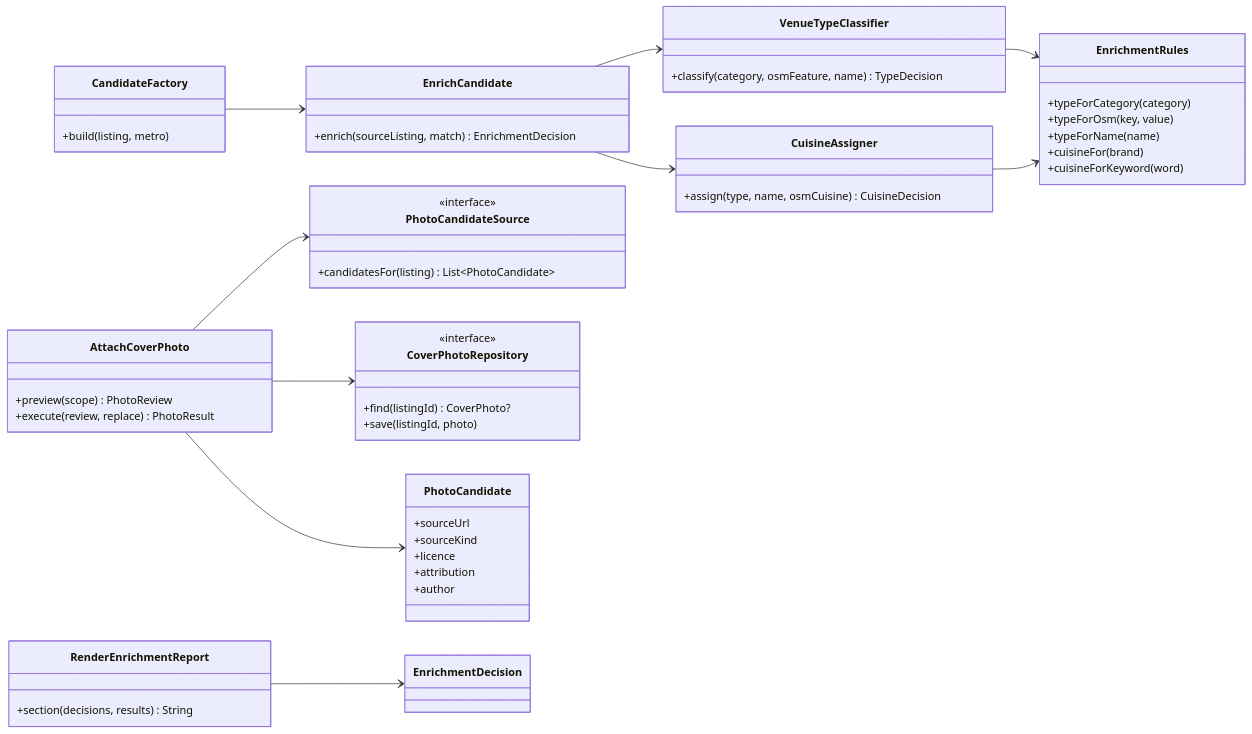
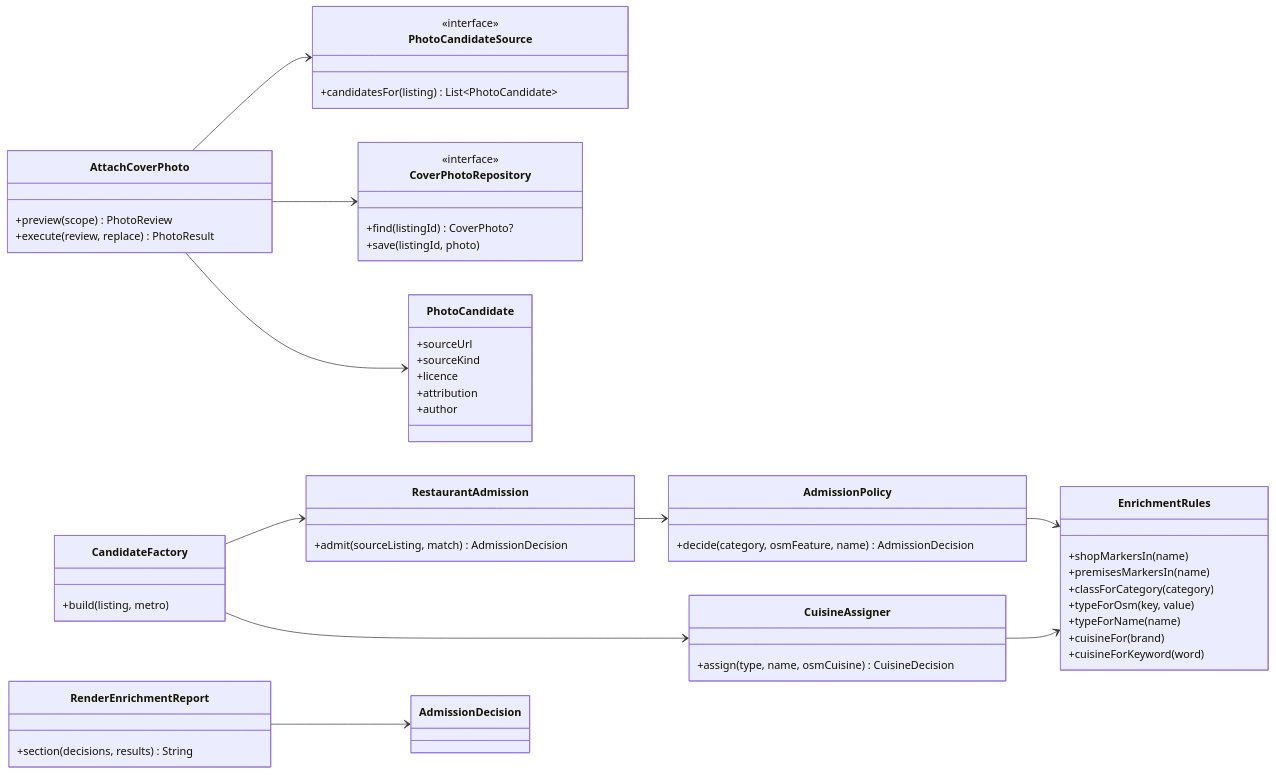
Before and after one commit to Losers-Lab/tahirs-list: the third of 4 diagrams in docs/features/SC-231/05-class-diagram-system.md, drawn with Mermaid. The commit also changed other lines of this file and 13 other files, not shown here.

````diff
--- a/docs/features/SC-231/05-class-diagram-system.md
+++ b/docs/features/SC-231/05-class-diagram-system.md
@@ -100,56 +99,58 @@
 ```mermaid
 classDiagram
   direction LR
   class CandidateFactory {
     +build(listing, metro)
   }
-  class EnrichCandidate {
-    +enrich(sourceListing, match) EnrichmentDecision
+  class RestaurantAdmission {
+    +admit(sourceListing, match) AdmissionDecision
   }
-  class VenueTypeClassifier {
-    +classify(category, osmFeature, name) TypeDecision
+  class AdmissionPolicy {
+    +decide(category, osmFeature, name) AdmissionDecision
   }
   class CuisineAssigner {
     +assign(type, name, osmCuisine) CuisineDecision
   }
   class EnrichmentRules {
-    +typeForCategory(category)
+    +shopMarkersIn(name)
+    +premisesMarkersIn(name)
+    +classForCategory(category)
     +typeForOsm(key, value)
     +typeForName(name)
     +cuisineFor(brand)
     +cuisineForKeyword(word)
   }
   class AttachCoverPhoto {
     +preview(scope) PhotoReview
     +execute(review, replace) PhotoResult
   }
   class RenderEnrichmentReport {
     +section(decisions, results) String
   }
   class PhotoCandidateSource {
     <<interface>>
     +candidatesFor(listing) List~PhotoCandidate~
   }
   class CoverPhotoRepository {
     <<interface>>
     +find(listingId) CoverPhoto?
     +save(listingId, photo)
   }
   class PhotoCandidate {
     +sourceUrl
     +sourceKind
     +licence
     +attribution
     +author
   }
 
-  CandidateFactory --> EnrichCandidate
-  EnrichCandidate --> VenueTypeClassifier
-  EnrichCandidate --> CuisineAssigner
-  VenueTypeClassifier --> EnrichmentRules
+  CandidateFactory --> RestaurantAdmission
+  CandidateFactory --> CuisineAssigner
+  RestaurantAdmission --> AdmissionPolicy
+  AdmissionPolicy --> EnrichmentRules
   CuisineAssigner --> EnrichmentRules
   AttachCoverPhoto --> PhotoCandidateSource
   AttachCoverPhoto --> CoverPhotoRepository
   AttachCoverPhoto --> PhotoCandidate
-  RenderEnrichmentReport --> EnrichmentDecision
+  RenderEnrichmentReport --> AdmissionDecision
 ```
````
